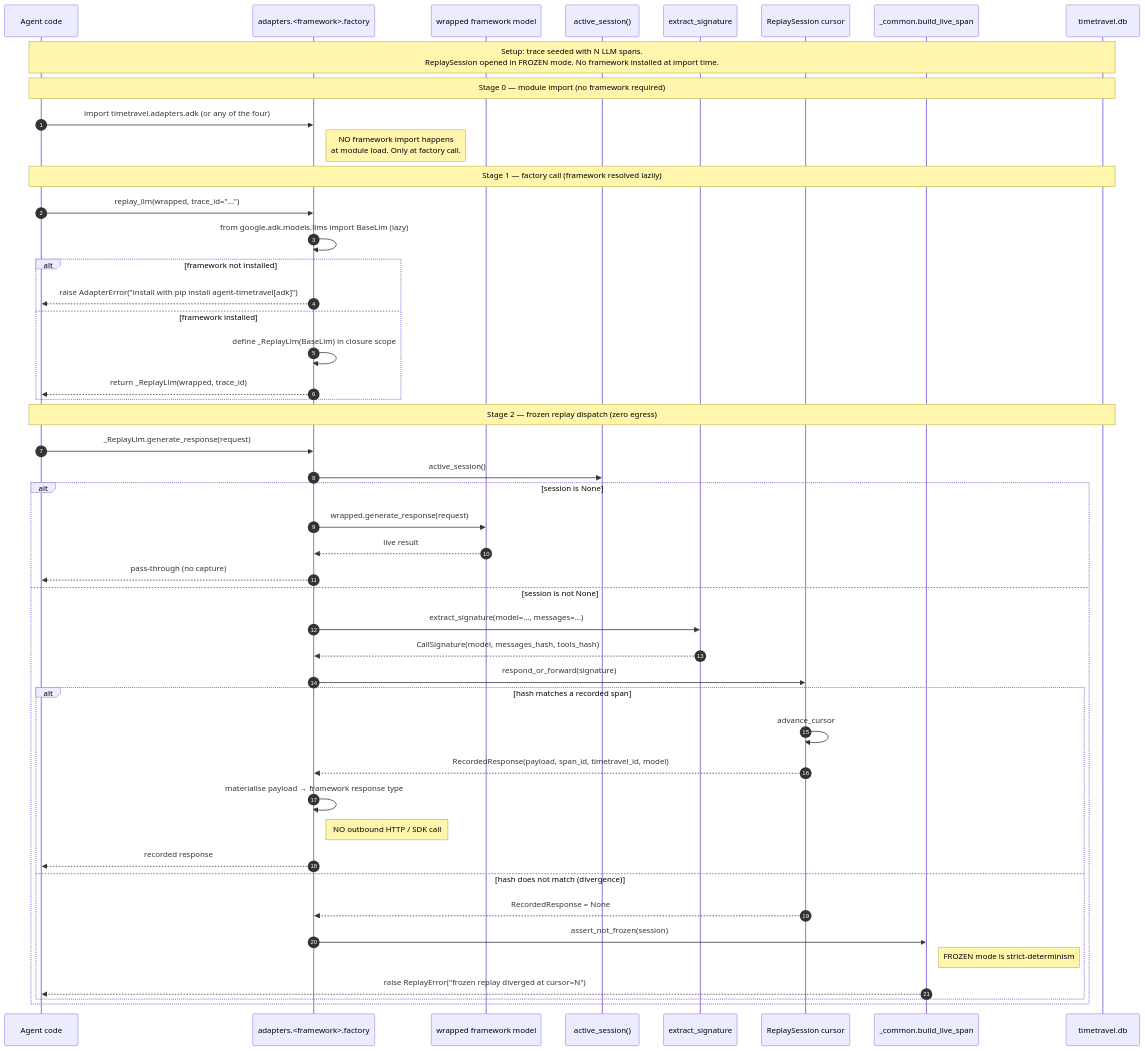
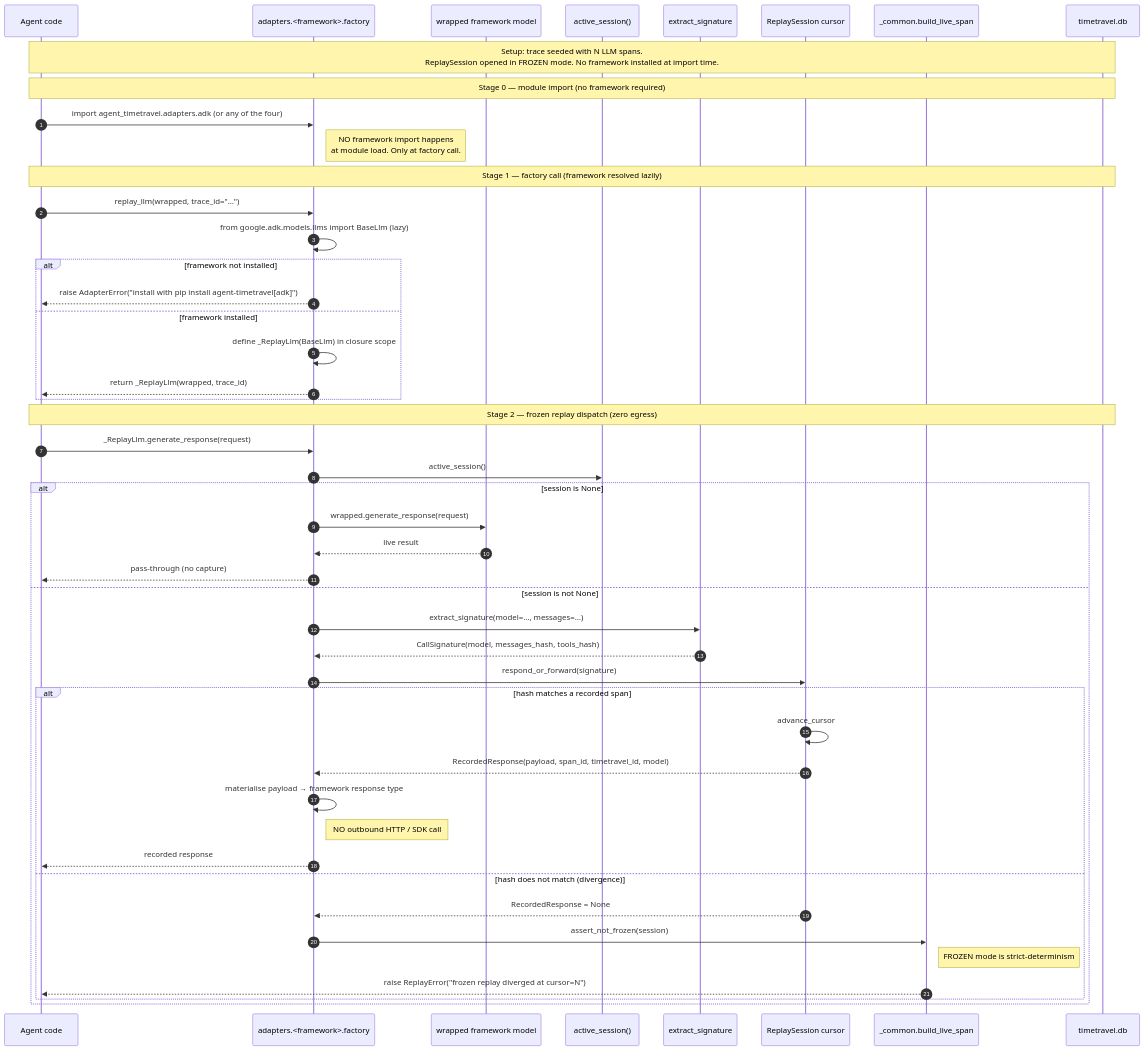
One commit to akshay-mp/Rewind changed the diagram in docs/diagrams/phase6-sequence-frozen-replay.mmd. Above: the diagram before and after it, drawn with Mermaid. The commit also changed 113 other files, not shown here.

Commit message:
Prepare agent-timetravel 0.2.0 release

```diff
--- a/docs/diagrams/phase6-sequence-frozen-replay.mmd
+++ b/docs/diagrams/phase6-sequence-frozen-replay.mmd
@@ -1,51 +1,51 @@
 sequenceDiagram
     autonumber
     participant A as Agent code
     participant F as adapters.<framework>.factory
     participant W as wrapped framework model
     participant S as active_session()
     participant Sig as extract_signature
     participant Cursor as ReplaySession cursor
     participant C as _common.build_live_span
     participant DB as timetravel.db
 
     Note over A,DB: Setup: trace seeded with N LLM spans.<br/>ReplaySession opened in FROZEN mode. No framework installed at import time.
 
     Note over A,DB: Stage 0 — module import (no framework required)
-    A->>F: import timetravel.adapters.adk  (or any of the four)
+    A->>F: import agent_timetravel.adapters.adk  (or any of the four)
     Note right of F: NO framework import happens<br/>at module load. Only at factory call.
 
     Note over A,DB: Stage 1 — factory call (framework resolved lazily)
     A->>F: replay_llm(wrapped, trace_id="…")
     F->>F: from google.adk.models.llms import BaseLlm  (lazy)
     alt framework not installed
         F-->>A: raise AdapterError("install with pip install agent-timetravel[adk]")
     else framework installed
         F->>F: define _ReplayLlm(BaseLlm) in closure scope
         F-->>A: return _ReplayLlm(wrapped, trace_id)
     end
 
     Note over A,DB: Stage 2 — frozen replay dispatch (zero egress)
     A->>F: _ReplayLlm.generate_response(request)
     F->>S: active_session()
     alt session is None
         F->>W: wrapped.generate_response(request)
         W-->>F: live result
         F-->>A: pass-through (no capture)
     else session is not None
         F->>Sig: extract_signature(model=…, messages=…)
         Sig-->>F: CallSignature(model, messages_hash, tools_hash)
         F->>Cursor: respond_or_forward(signature)
         alt hash matches a recorded span
             Cursor->>Cursor: advance_cursor
             Cursor-->>F: RecordedResponse(payload, span_id, timetravel_id, model)
             F->>F: materialise payload → framework response type
             Note right of F: NO outbound HTTP / SDK call
             F-->>A: recorded response
         else hash does not match (divergence)
             Cursor-->>F: RecordedResponse = None
             F->>C: assert_not_frozen(session)
             Note right of C: FROZEN mode is strict-determinism
             C-->>A: raise ReplayError("frozen replay diverged at cursor=N")
         end
     end
```
